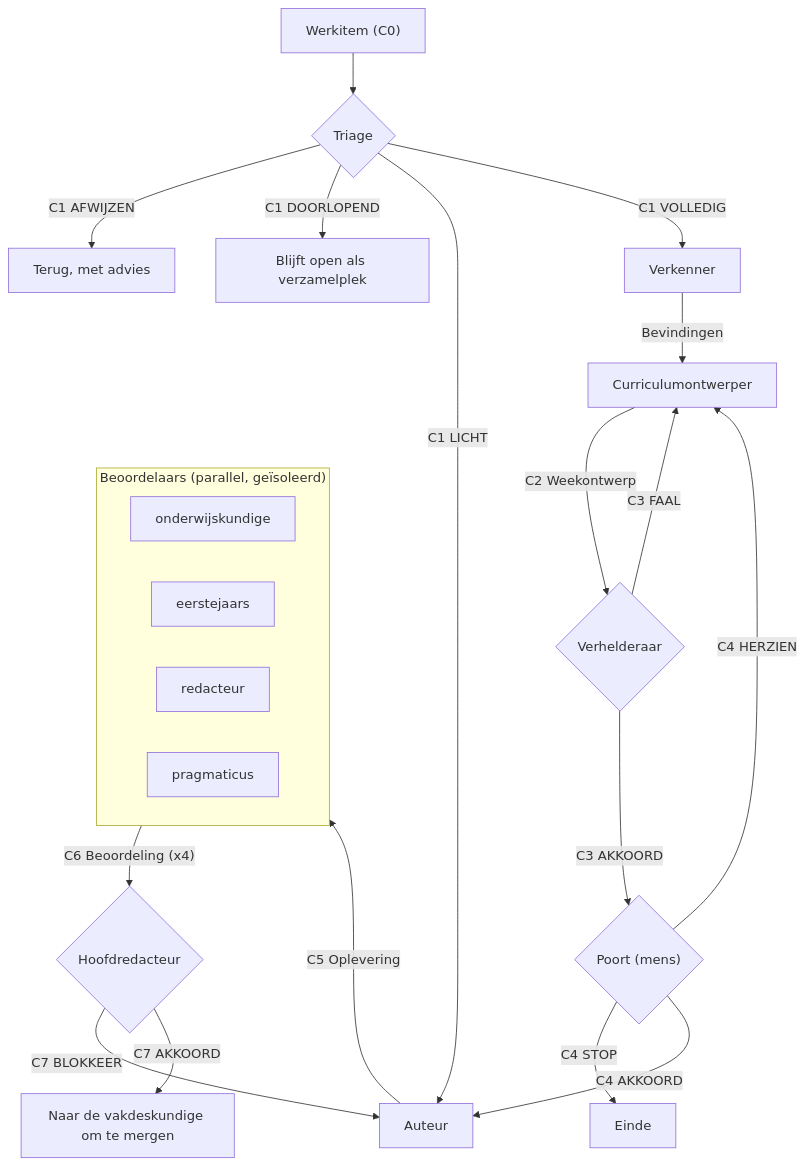
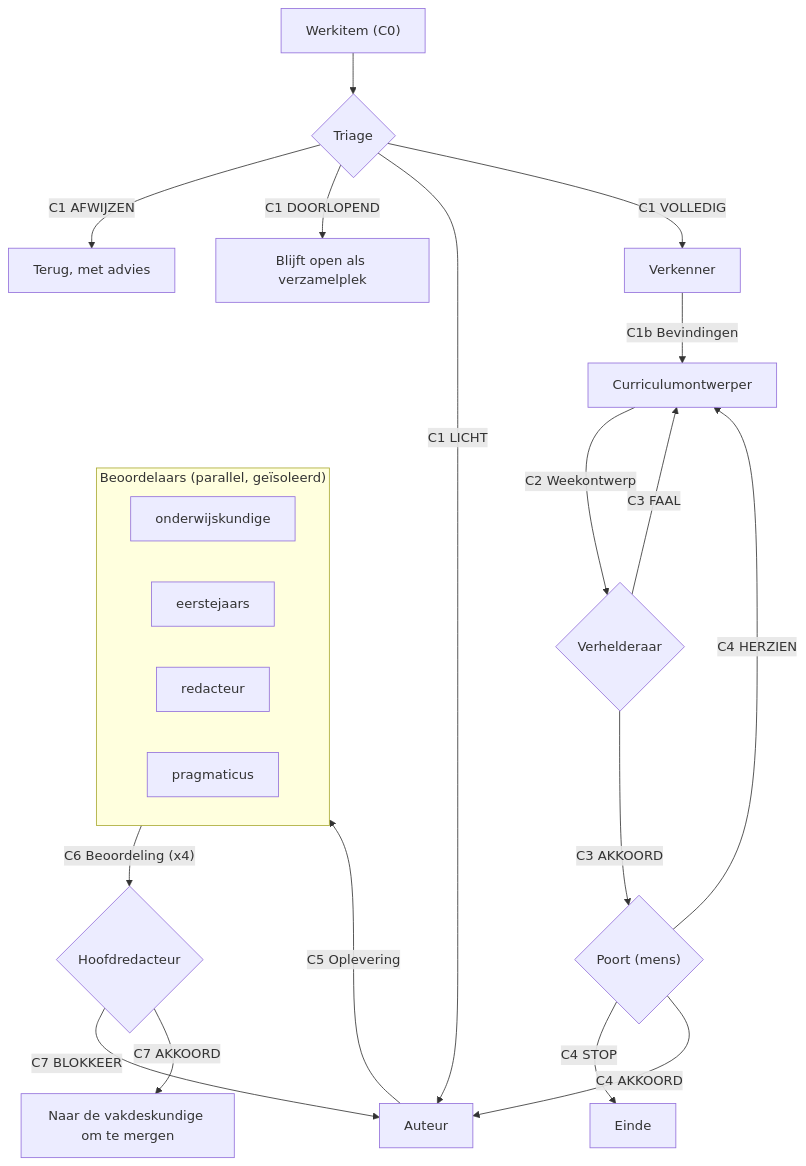
The diagram in .claude/agent-role-loop/core/loop.md (hanze-hbo-ict/programmeren), drawn with Mermaid before and after one commit. The commit also changed other lines of this file and 5 other files, not shown here.

````diff
--- a/.claude/agent-role-loop/core/loop.md
+++ b/.claude/agent-role-loop/core/loop.md
@@ -14,26 +14,26 @@
 ```mermaid
 flowchart TD
     W["Werkitem (C0)"] --> T{Triage}
     T -->|"C1 AFWIJZEN"| Req["Terug, met advies"]
     T -->|"C1 DOORLOPEND"| D["Blijft open als verzamelplek"]
     T -->|"C1 LICHT"| A["Auteur"]
     T -->|"C1 VOLLEDIG"| V["Verkenner"]
-    V -->|Bevindingen| O["Curriculumontwerper"]
+    V -->|"C1b Bevindingen"| O["Curriculumontwerper"]
     O -->|"C2 Weekontwerp"| C{Verhelderaar}
     C -->|"C3 FAAL"| O
     C -->|"C3 AKKOORD"| G{"Poort (mens)"}
     G -->|"C4 HERZIEN"| O
     G -->|"C4 STOP"| E1["Einde"]
     G -->|"C4 AKKOORD"| A
     A -->|"C5 Oplevering"| B
     subgraph B["Beoordelaars (parallel, geïsoleerd)"]
         direction LR
         B1["onderwijskundige"]
         B2["eerstejaars"]
         B3["redacteur"]
         B4["pragmaticus"]
     end
     B -->|"C6 Beoordeling (x4)"| H{Hoofdredacteur}
     H -->|"C7 BLOKKEER"| A
     H -->|"C7 AKKOORD"| E2["Naar de vakdeskundige om te mergen"]
 ```
````
